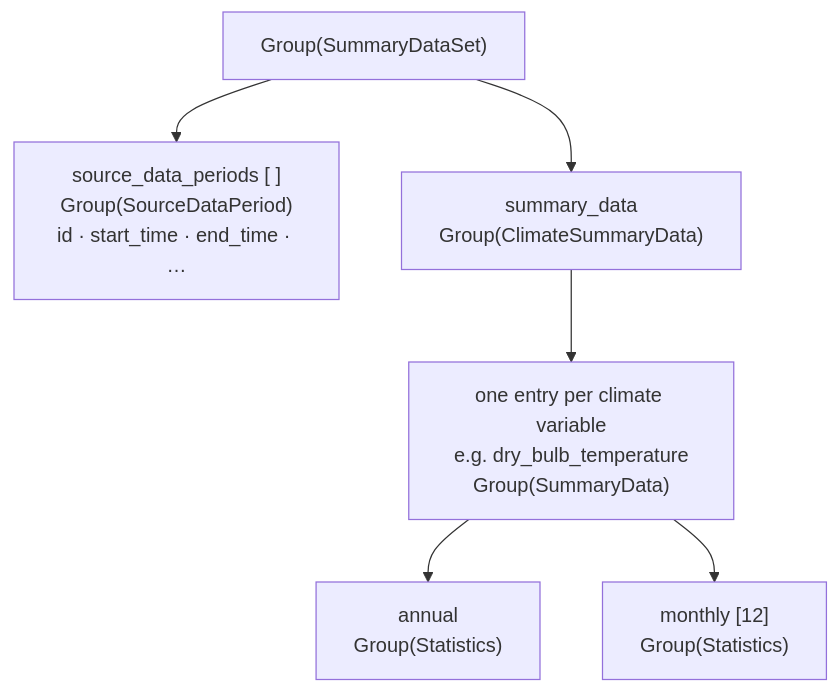
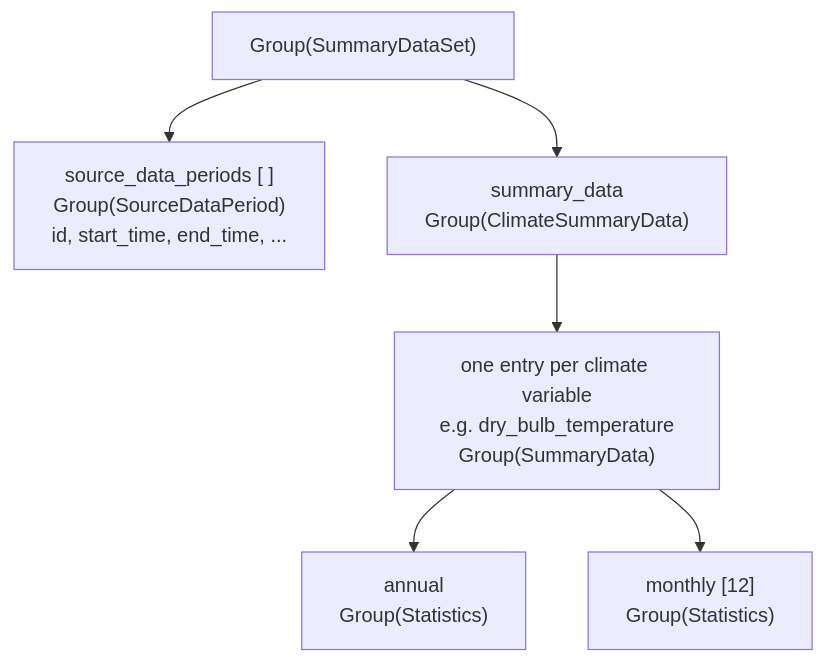
The second of 3 diagrams in docs/implementation_and_application_notes.md (paragrastogi/climate-information-std169-v1), drawn with Mermaid before and after one commit. The commit also changed other lines of this file and 12 other files, not shown here.

````diff
--- a/docs/implementation_and_application_notes.md
+++ b/docs/implementation_and_application_notes.md
@@ -77,9 +77,9 @@
 ```mermaid
 graph TD
     SDS["Group(SummaryDataSet)"]
-    SDS --> SDP["source_data_periods [ ]<br/>Group(SourceDataPeriod)<br/>id · start_time · end_time · …"]
+    SDS --> SDP["source_data_periods [ ]<br/>Group(SourceDataPeriod)<br/>id, start_time, end_time, ..."]
     SDS --> CSD["summary_data<br/>Group(ClimateSummaryData)"]
     CSD --> V["one entry per climate variable<br/>e.g. dry_bulb_temperature<br/>Group(SummaryData)"]
     V --> ANN["annual<br/>Group(Statistics)"]
     V --> MON["monthly [12]<br/>Group(Statistics)"]
 ```
````
